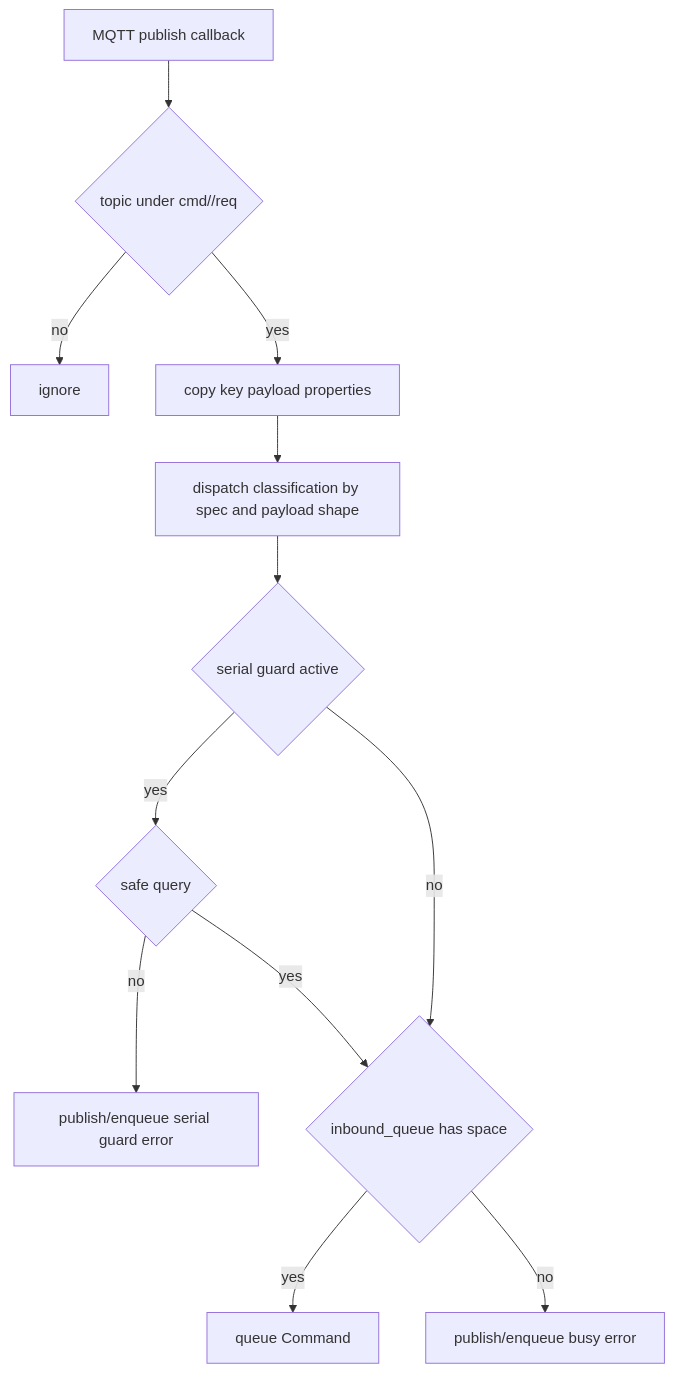
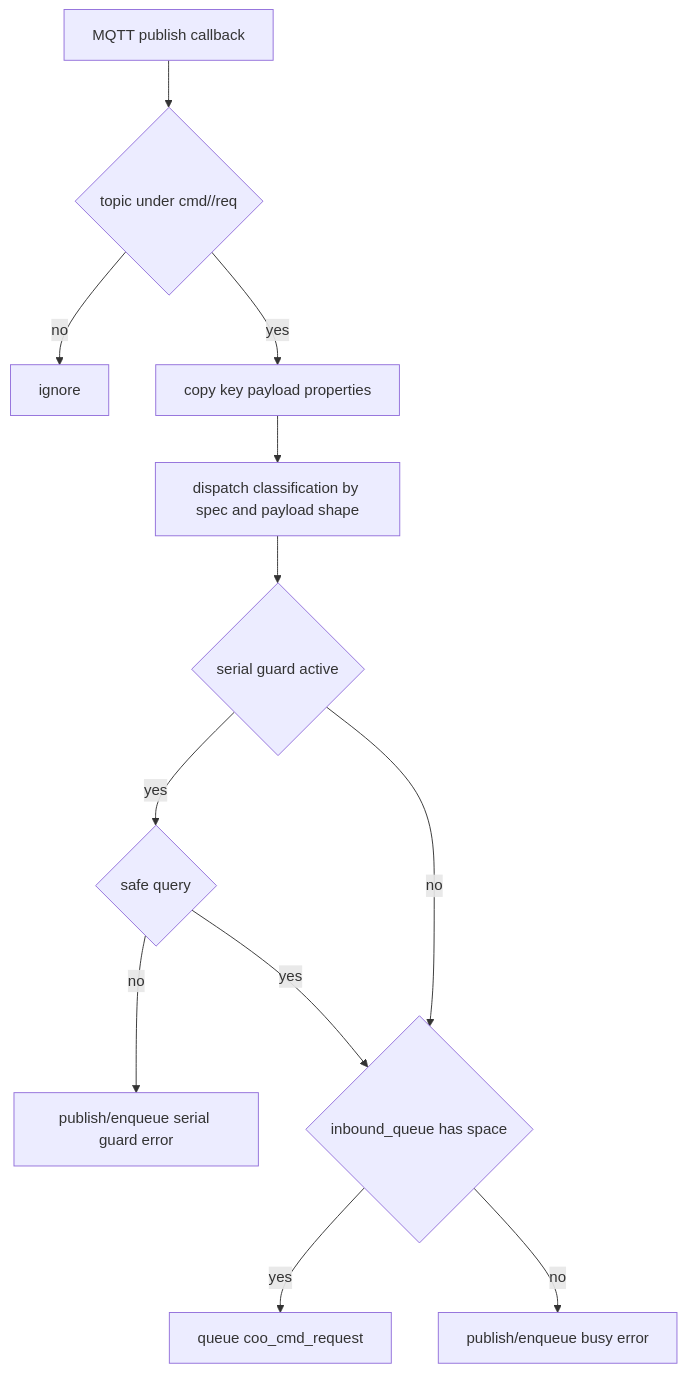
Before and after one commit to COO-Utilities/hispec-tib: the fourth of 25 diagrams in doc/diagrams.md, drawn with Mermaid. The commit also changed other lines of this file and 39 other files, not shown here.

````diff
--- a/doc/diagrams.md
+++ b/doc/diagrams.md
@@ -84,14 +88,14 @@
 ```mermaid
 flowchart TD
   Pub[MQTT publish callback] --> Prefix{topic under cmd/<device>/req}
   Prefix -- no --> Drop[ignore]
   Prefix -- yes --> Copy[copy key payload properties]
   Copy --> Classify[dispatch classification by spec and payload shape]
   Classify --> Guard{serial guard active}
   Guard -- yes --> QueryAllowed{safe query}
   QueryAllowed -- no --> Reject[publish/enqueue serial guard error]
   QueryAllowed -- yes --> Enq{inbound_queue has space}
   Guard -- no --> Enq
-  Enq -- yes --> Queue[queue Command]
+  Enq -- yes --> Queue[queue coo_cmd_request]
   Enq -- no --> Busy[publish/enqueue busy error]
 ```
````
